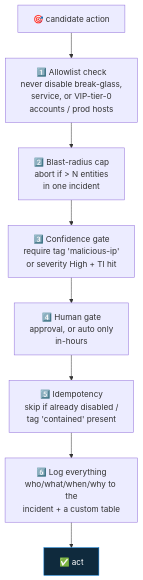
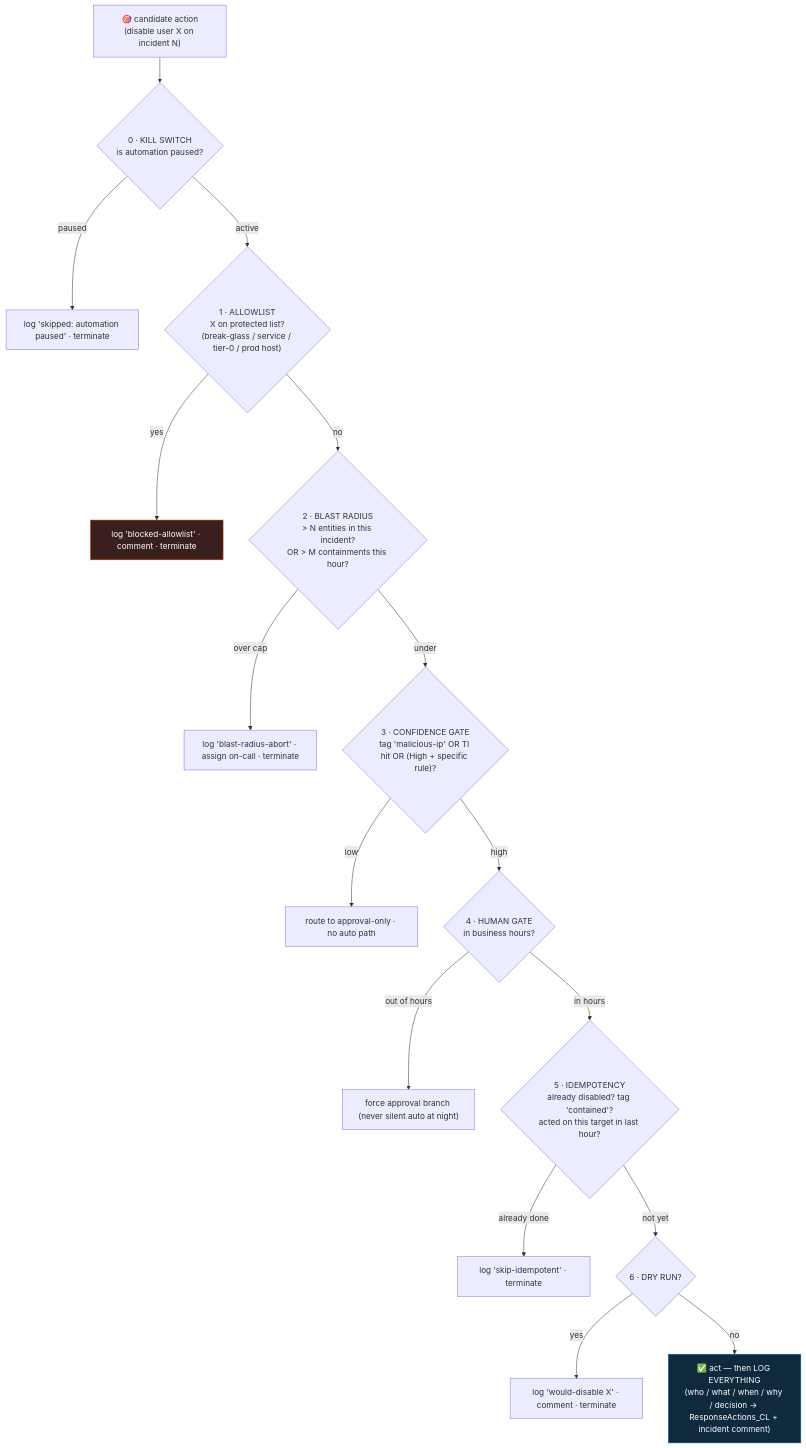
The diagram in 37-guardrails-and-conditions/README.md (Tarun2000AD/microsoft-sentinel-live-learning), drawn with Mermaid before and after one commit. The commit also changed other lines of this file, not shown here.

First line of the commit message:
Deepen step 37 (guardrails): fail-closed principle, kill switch, dry-run, per-guardrail negative tests

````diff
--- a/37-guardrails-and-conditions/README.md
+++ b/37-guardrails-and-conditions/README.md
@@ -31,11 +50,20 @@
 ```mermaid
 flowchart TD
-    A["🎯 candidate action"] --> G1["1️⃣ Allowlist check<br/>never disable break-glass,<br/>service, or VIP-tier-0<br/>accounts / prod hosts"]
-    G1 --> G2["2️⃣ Blast-radius cap<br/>abort if > N entities<br/>in one incident"]
-    G2 --> G3["3️⃣ Confidence gate<br/>require tag 'malicious-ip'<br/>or severity High + TI hit"]
-    G3 --> G4["4️⃣ Human gate<br/>approval, or auto only<br/>in-hours"]
-    G4 --> G5["5️⃣ Idempotency<br/>skip if already disabled /<br/>tag 'contained' present"]
-    G5 --> G6["6️⃣ Log everything<br/>who/what/when/why to the<br/>incident + a custom table"]
-    G6 --> ACT["✅ act"]
+    A["🎯 candidate action<br/>(disable user X on incident N)"] --> G0{"0 · KILL SWITCH<br/>is automation paused?"}
+    G0 -->|paused| STOP0["log 'skipped: automation paused' · terminate"]
+    G0 -->|active| G1{"1 · ALLOWLIST<br/>X on protected list?<br/>(break-glass / service / tier-0 / prod host)"}
+    G1 -->|yes| STOP1["log 'blocked-allowlist' · comment · terminate"]
+    G1 -->|no| G2{"2 · BLAST RADIUS<br/>> N entities in this incident?<br/>OR > M containments this hour?"}
+    G2 -->|over cap| STOP2["log 'blast-radius-abort' · assign on-call · terminate"]
+    G2 -->|under| G3{"3 · CONFIDENCE GATE<br/>tag 'malicious-ip' OR TI hit OR (High + specific rule)?"}
+    G3 -->|low| APPR_ONLY["route to approval-only · no auto path"]
+    G3 -->|high| G4{"4 · HUMAN GATE<br/>in business hours?"}
+    G4 -->|out of hours| FORCE_APPR["force approval branch (never silent auto at night)"]
+    G4 -->|in hours| G5{"5 · IDEMPOTENCY<br/>already disabled? tag 'contained'?<br/>acted on this target in last hour?"}
+    G5 -->|already done| STOP5["log 'skip-idempotent' · terminate"]
+    G5 -->|not yet| DRY{"6 · DRY RUN?"}
+    DRY -->|yes| LOGONLY["log 'would-disable X' · comment · terminate"]
+    DRY -->|no| ACT["✅ act — then LOG EVERYTHING<br/>(who / what / when / why / decision → ResponseActions_CL + incident comment)"]
     style ACT fill:#0f2a3d,stroke:#0078D4,color:#fff
+    style STOP1 fill:#3a1f1f,stroke:#cf3a00,color:#fff
 ```
````
